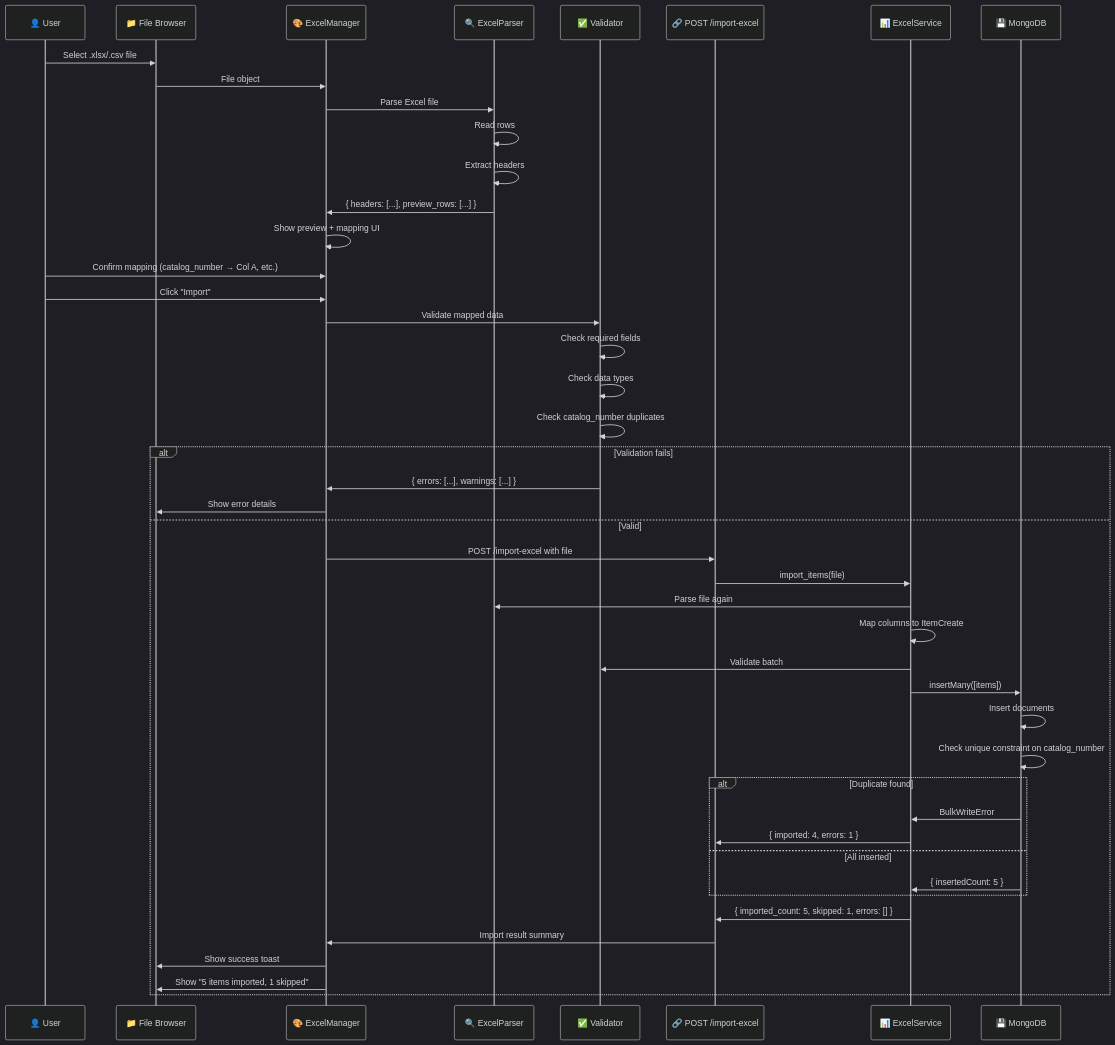
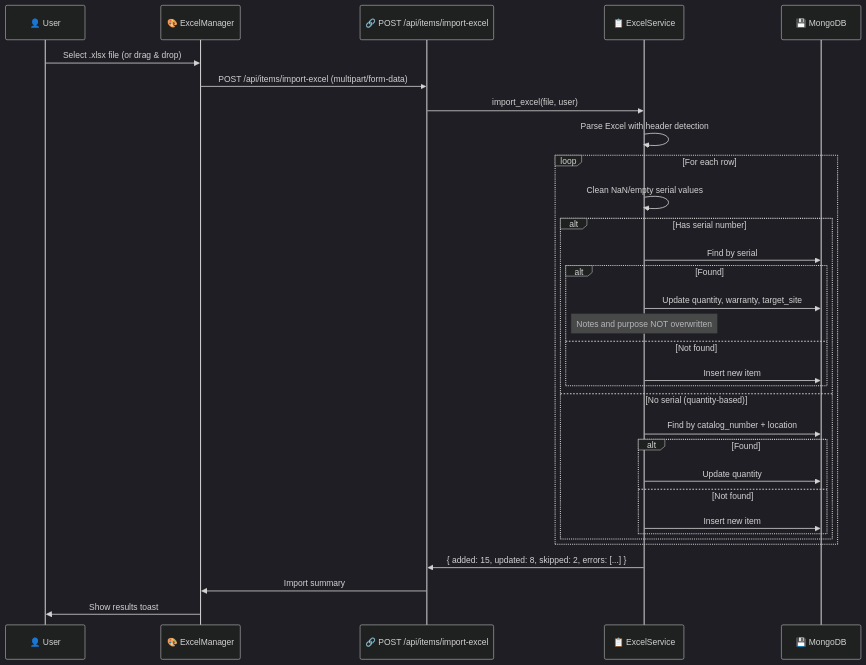
Before and after one commit to Rafmoshe2500/warehouse: the eighth of 22 diagrams in DATA_FLOW_DIAGRAMS.md, drawn with Mermaid (dark theme). The commit also changed other lines of this file and 66 other files, not shown here.

````diff
--- a/DATA_FLOW_DIAGRAMS.md
+++ b/DATA_FLOW_DIAGRAMS.md
@@ -140,55 +279,38 @@
 ```mermaid
 sequenceDiagram
     participant User as 👤 User
-    participant Browser as 📁 File Browser
     participant UI as 🎨 ExcelManager
-    participant Parser as 🔍 ExcelParser
-    participant Validator as ✅ Validator
-    participant API as 🔗 POST /import-excel
-    participant Service as 📊 ExcelService
+    participant API as 🔗 POST /api/items/import-excel
+    participant Service as 📋 ExcelService
     participant DB as 💾 MongoDB
-    
-    User->>Browser: Select .xlsx/.csv file
-    Browser->>UI: File object
-    UI->>Parser: Parse Excel file
-    Parser->>Parser: Read rows
-    Parser->>Parser: Extract headers
-    Parser->>UI: { headers: [...], preview_rows: [...] }
-    
-    UI->>UI: Show preview + mapping UI
-    User->>UI: Confirm mapping (catalog_number → Col A, etc.)
-    User->>UI: Click "Import"
-    
-    UI->>Validator: Validate mapped data
-    Validator->>Validator: Check required fields
-    Validator->>Validator: Check data types
-    Validator->>Validator: Check catalog_number duplicates
-    
-    alt Validation fails
-        Validator->>UI: { errors: [...], warnings: [...] }
-        UI->>Browser: Show error details
-    else Valid
-        UI->>API: POST /import-excel with file
-        
-        API->>Service: import_items(file)
-        Service->>Parser: Parse file again
-        Service->>Service: Map columns to ItemCreate
-        Service->>Validator: Validate batch
-        
-        Service->>DB: insertMany([items])
-        DB->>DB: Insert documents
-        DB->>DB: Check unique constraint on catalog_number
-        
-        alt Duplicate found
-            DB->>Service: BulkWriteError
-            Service->>API: { imported: 4, errors: 1 }
-        else All inserted
-            DB->>Service: { insertedCount: 5 }
+
+    User->>UI: Select .xlsx file (or drag & drop)
+    UI->>API: POST /api/items/import-excel (multipart/form-data)
+    API->>Service: import_excel(file, user)
+    Service->>Service: Parse Excel with header detection
+
+    loop For each row
+        Service->>Service: Clean NaN/empty serial values
+
+        alt Has serial number
+            Service->>DB: Find by serial
+            alt Found
+                Service->>DB: Update quantity, warranty, target_site
+                Note over Service: Notes and purpose NOT overwritten
+            else Not found
+                Service->>DB: Insert new item
+            end
+        else No serial (quantity-based)
+            Service->>DB: Find by catalog_number + location
+            alt Found
+                Service->>DB: Update quantity
+            else Not found
+                Service->>DB: Insert new item
+            end
         end
-        
-        Service->>API: { imported_count: 5, skipped: 1, errors: [] }
-        API->>UI: Import result summary
-        UI->>Browser: Show success toast
-        UI->>Browser: Show "5 items imported, 1 skipped"
     end
+
+    Service->>API: { added: 15, updated: 8, skipped: 2, errors: [...] }
+    API->>UI: Import summary
+    UI->>User: Show results toast
 ```
````
